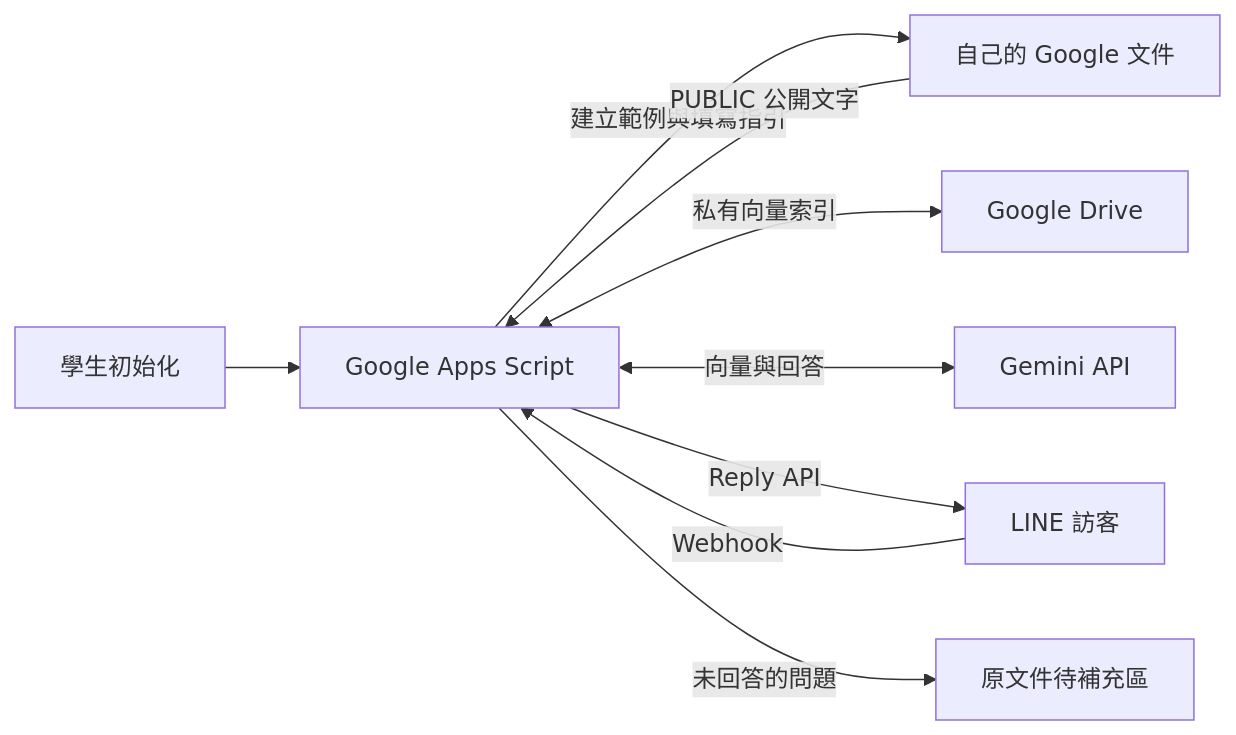
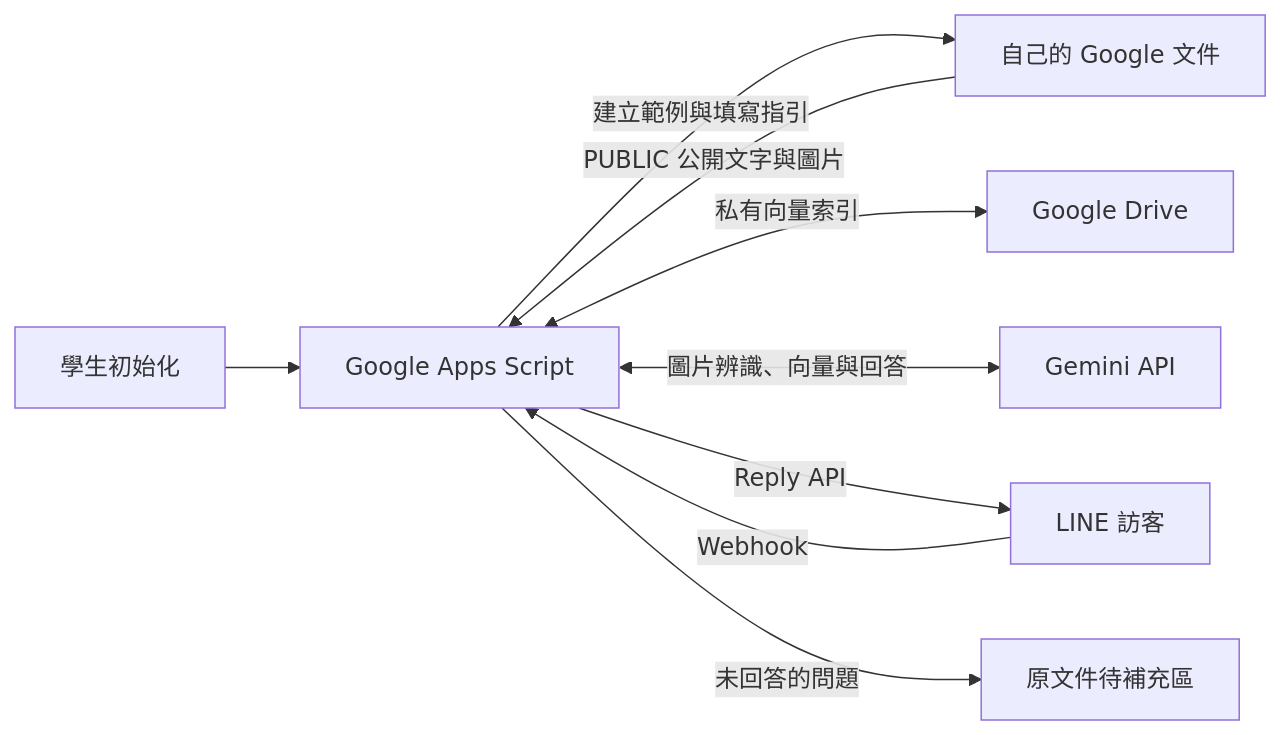
The diagram in README.md (canlgz/ResumeRAGbot), drawn with Mermaid before and after one commit. The commit also changed other lines of this file and 13 other files, not shown here.

````diff
--- a/README.md
+++ b/README.md
@@ -46,11 +46,11 @@
 ```mermaid
 flowchart LR
     Student[學生初始化] --> GAS[Google Apps Script]
     GAS -->|建立範例與填寫指引| Doc[自己的 Google 文件]
-    Doc -->|PUBLIC 公開文字| GAS
+    Doc -->|PUBLIC 公開文字與圖片| GAS
     GAS <-->|私有向量索引| Drive[Google Drive]
     LINE[LINE 訪客] -->|Webhook| GAS
-    GAS <-->|向量與回答| Gemini[Gemini API]
+    GAS <-->|圖片辨識、向量與回答| Gemini[Gemini API]
     GAS -->|Reply API| LINE
     GAS -->|未回答的問題| Pending[原文件待補充區]
 ```
````
